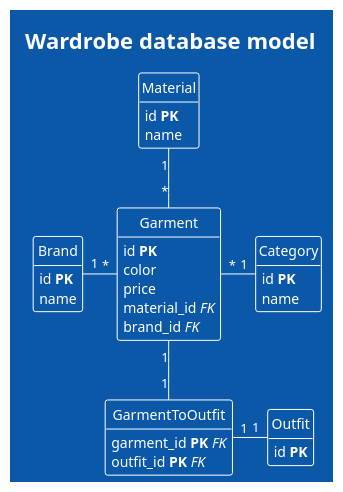
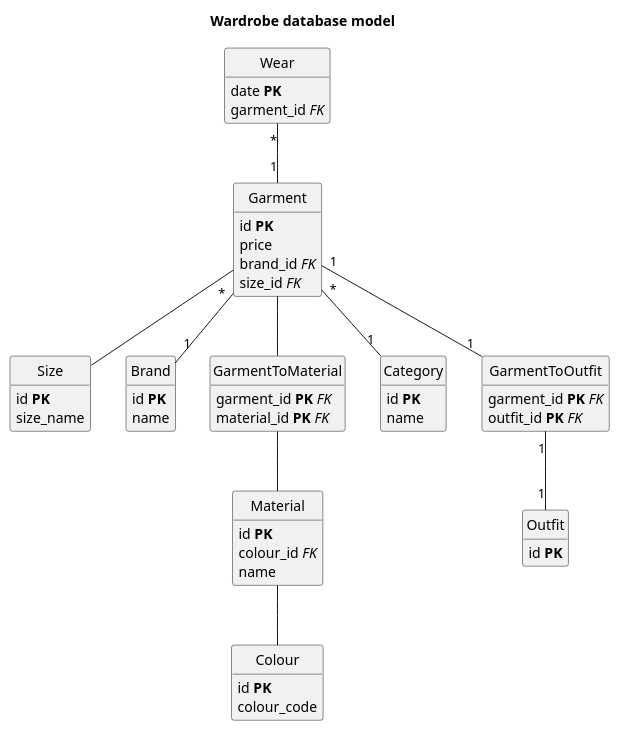
One commit to Kohort13/PG3302-Eksamen changed the diagram in UML diagrams/DataModel.puml. Above: the diagram before and after it, drawn with PlantUML. The commit also changed 3 other files, not shown here.

Commit message:
Worked on diagrams

```diff
--- a/UML diagrams/DataModel.puml
+++ b/UML diagrams/DataModel.puml
@@ -1,48 +1,71 @@
 @startuml Database
 
 title Wardrobe database model
-!theme amiga
 hide circle
 hide methods
 
 class Garment{
     id **PK**
-    color
     price
-    material_id //FK//
     brand_id //FK//
+    size_id //FK//
+}
+
+class Size{
+    id **PK**
+    size_name
 }
 
 class Brand{
     id **PK**
     name
 }
 
 class Material{
     id **PK**
+    colour_id //FK//
     name
+}
+
+class GarmentToMaterial{
+    garment_id **PK** //FK//
+    material_id **PK** //FK//
 }
 
 class Outfit{
     id **PK**
 }
 
 class Category{
     id **PK**
     name
 }
 
 class GarmentToOutfit{
     garment_id **PK** //FK//
     outfit_id **PK** //FK//
 }
 
+class Wear{
+    date **PK**
+    garment_id //FK//
+}
 
-Garment "*" -right- "1" Category
-Garment "1" -down- "1" GarmentToOutfit
-GarmentToOutfit "1" -right- "1" Outfit
-Garment "*" -left- "1" Brand
-Garment "*" -up- "1" Material
+class Colour{
+    id **PK**
+    colour_code
+}
+
+
+Garment "*" -- "1" Category
+Garment "1" -- "1" GarmentToOutfit
+GarmentToOutfit "1" -- "1" Outfit
+Garment -- GarmentToMaterial
+GarmentToMaterial -- Material
+Garment -- Size
+Garment "*" -- "1" Brand
+Wear "*" -- "1" Garment
+Material -- Colour
 
 
 @enduml
```
